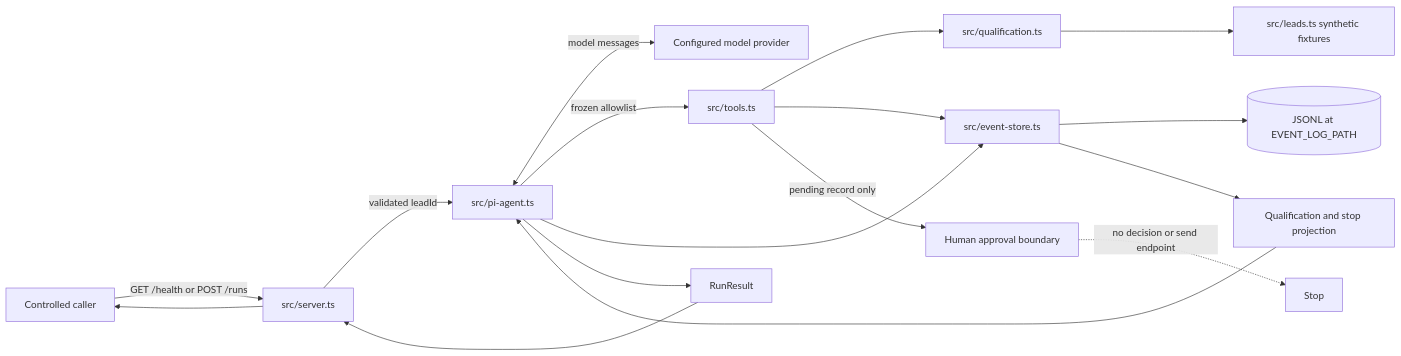
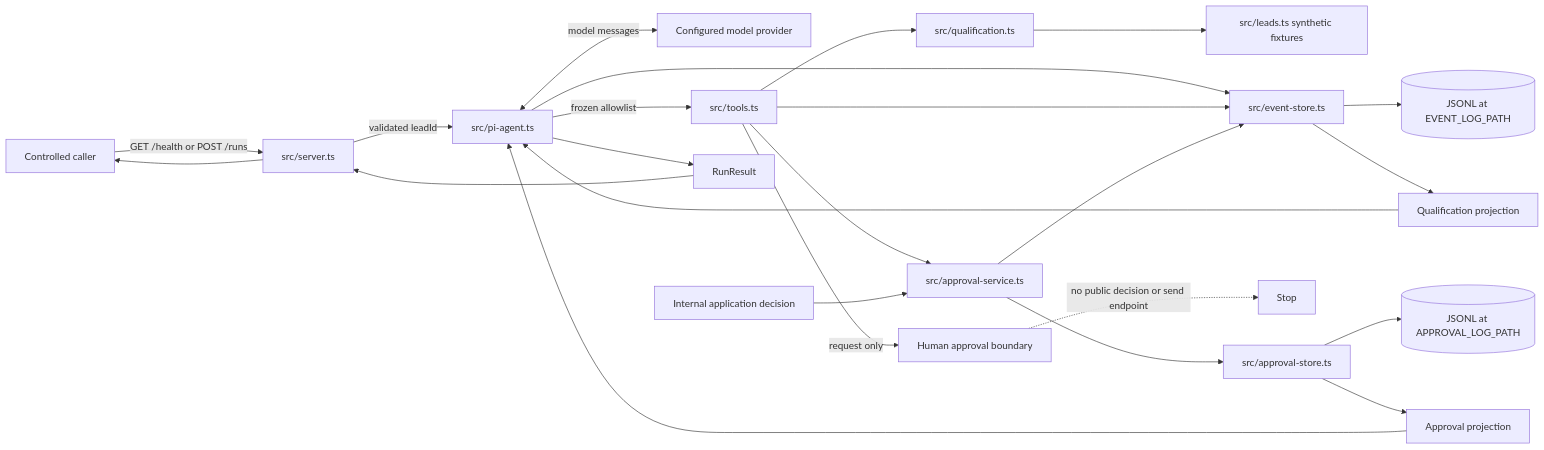
The diagram in docs/ARCHITECTURE.md (moshehbenavraham/production-agent-workshop), drawn with Mermaid before and after one commit. The commit also changed other lines of this file and 30 other files, not shown here.

````diff
--- a/docs/ARCHITECTURE.md
+++ b/docs/ARCHITECTURE.md
@@ -11,19 +11,26 @@
 ```mermaid
 flowchart LR
     Caller[Controlled caller] -->|GET /health or POST /runs| Server[src/server.ts]
     Server -->|validated leadId| Agent[src/pi-agent.ts]
     Agent <-->|model messages| Provider[Configured model provider]
     Agent -->|frozen allowlist| Tools[src/tools.ts]
     Tools --> Qualify[src/qualification.ts]
     Qualify --> Leads[src/leads.ts synthetic fixtures]
-    Agent --> Store[src/event-store.ts]
-    Tools --> Store
-    Store --> Log[(JSONL at EVENT_LOG_PATH)]
-    Store --> Projection[Qualification and stop projection]
-    Projection --> Agent
+    Agent --> Events[src/event-store.ts]
+    Tools --> Events
+    Events --> EventLog[(JSONL at EVENT_LOG_PATH)]
+    Tools --> ApprovalService[src/approval-service.ts]
+    Internal[Internal application decision] --> ApprovalService
+    ApprovalService --> ApprovalStore[src/approval-store.ts]
+    ApprovalService --> Events
+    ApprovalStore --> ApprovalLog[(JSONL at APPROVAL_LOG_PATH)]
+    Events --> QualificationProjection[Qualification projection]
+    ApprovalStore --> ApprovalProjection[Approval projection]
+    QualificationProjection --> Agent
+    ApprovalProjection --> Agent
     Agent --> Result[RunResult]
     Result --> Server
     Server --> Caller
-    Tools -->|pending record only| Human[Human approval boundary]
-    Human -. no decision or send endpoint .-> Stop[Stop]
+    Tools -->|request only| Human[Human approval boundary]
+    Human -. no public decision or send endpoint .-> Stop[Stop]
 ```
````
